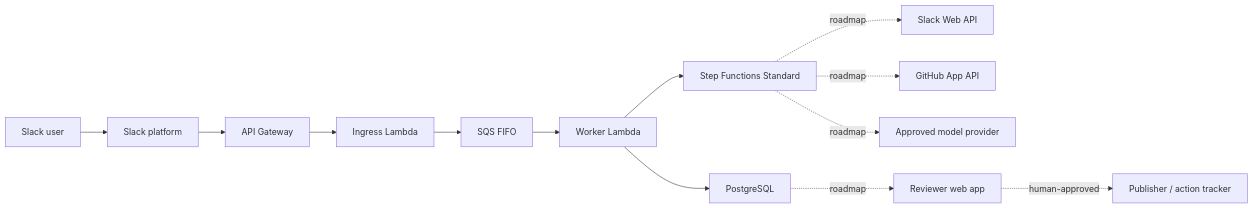
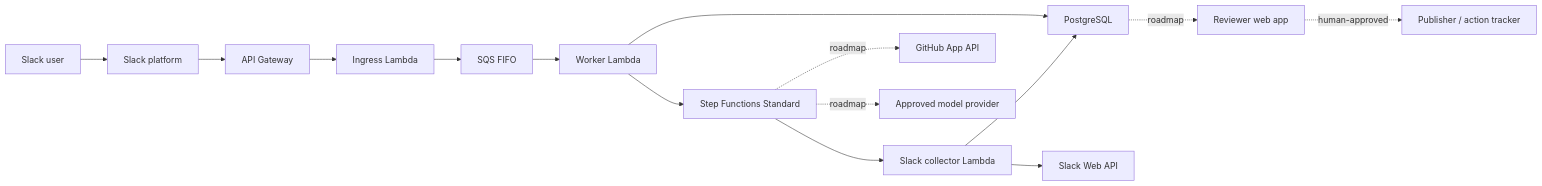
One commit to SharmaKunal14/slack-incidence-evidence changed the first of 4 diagrams in docs/architecture.md. Above: the diagram before and after it, drawn with Mermaid. The commit also changed other lines of this file and 31 other files, not shown here.

````diff
--- a/docs/architecture.md
+++ b/docs/architecture.md
@@ -134,16 +138,18 @@
 ```mermaid
 flowchart LR
     U["Slack user"] --> SL["Slack platform"]
     SL --> GW["API Gateway"]
     GW --> API["Ingress Lambda"]
     API --> Q["SQS FIFO"]
     Q --> W["Worker Lambda"]
     W --> PG["PostgreSQL"]
     W --> SFN["Step Functions Standard"]
 
-    SFN -. "roadmap" .-> SA["Slack Web API"]
+    SFN --> EC["Slack collector Lambda"]
+    EC --> SA["Slack Web API"]
+    EC --> PG
     SFN -. "roadmap" .-> GH["GitHub App API"]
     SFN -. "roadmap" .-> AI["Approved model provider"]
     PG -. "roadmap" .-> UI["Reviewer web app"]
     UI -. "human-approved" .-> PUB["Publisher / action tracker"]
 ```
````
